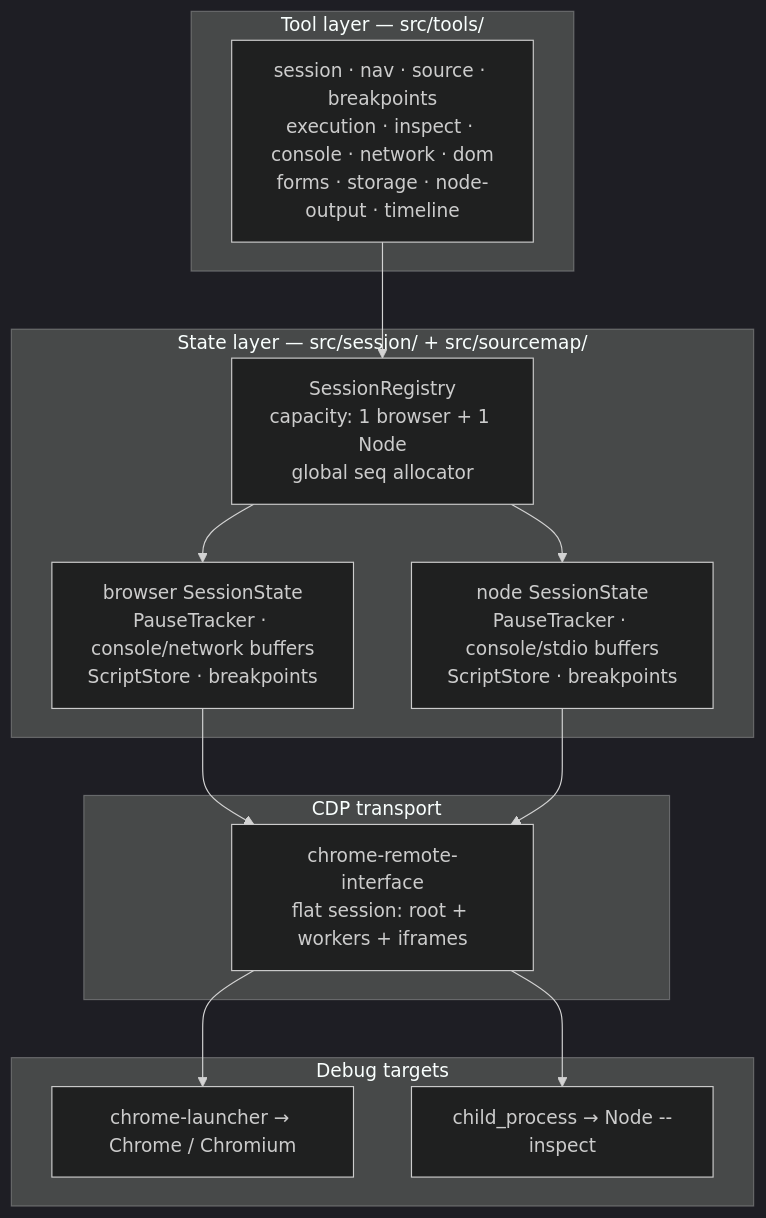
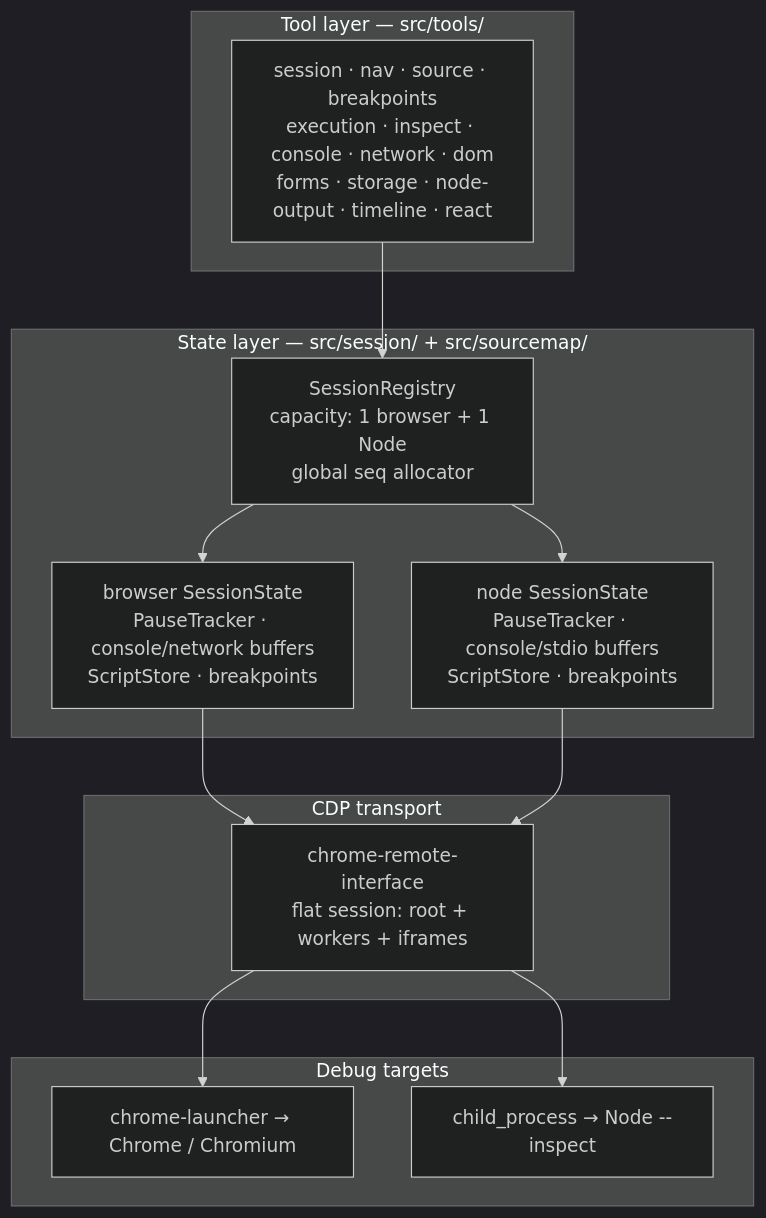
The second of 6 diagrams in docs/ARCHITECTURE.md (lcjanke2020/lynceus), drawn with Mermaid (dark theme) before and after one commit. The commit also changed other lines of this file and 12 other files, not shown here.

````diff
--- a/docs/ARCHITECTURE.md
+++ b/docs/ARCHITECTURE.md
@@ -55,23 +55,23 @@
 ```mermaid
 flowchart TB
     subgraph T["Tool layer — src/tools/"]
-        TT["session · nav · source · breakpoints<br/>execution · inspect · console · network · dom<br/>forms · storage · node-output · timeline"]
+        TT["session · nav · source · breakpoints<br/>execution · inspect · console · network · dom<br/>forms · storage · node-output · timeline · react"]
     end
     subgraph S["State layer — src/session/ + src/sourcemap/"]
         R["SessionRegistry<br/>capacity: 1 browser + 1 Node<br/>global seq allocator"]
         BS["browser SessionState<br/>PauseTracker · console/network buffers<br/>ScriptStore · breakpoints"]
         NS["node SessionState<br/>PauseTracker · console/stdio buffers<br/>ScriptStore · breakpoints"]
         R --> BS
         R --> NS
     end
     subgraph C["CDP transport"]
         CC["chrome-remote-interface<br/>flat session: root + workers + iframes"]
     end
     subgraph B["Debug targets"]
         BB["chrome-launcher → Chrome / Chromium"]
         NN["child_process → Node --inspect"]
     end
     TT --> R
     BS --> CC --> BB
     NS --> CC --> NN
 ```
````
